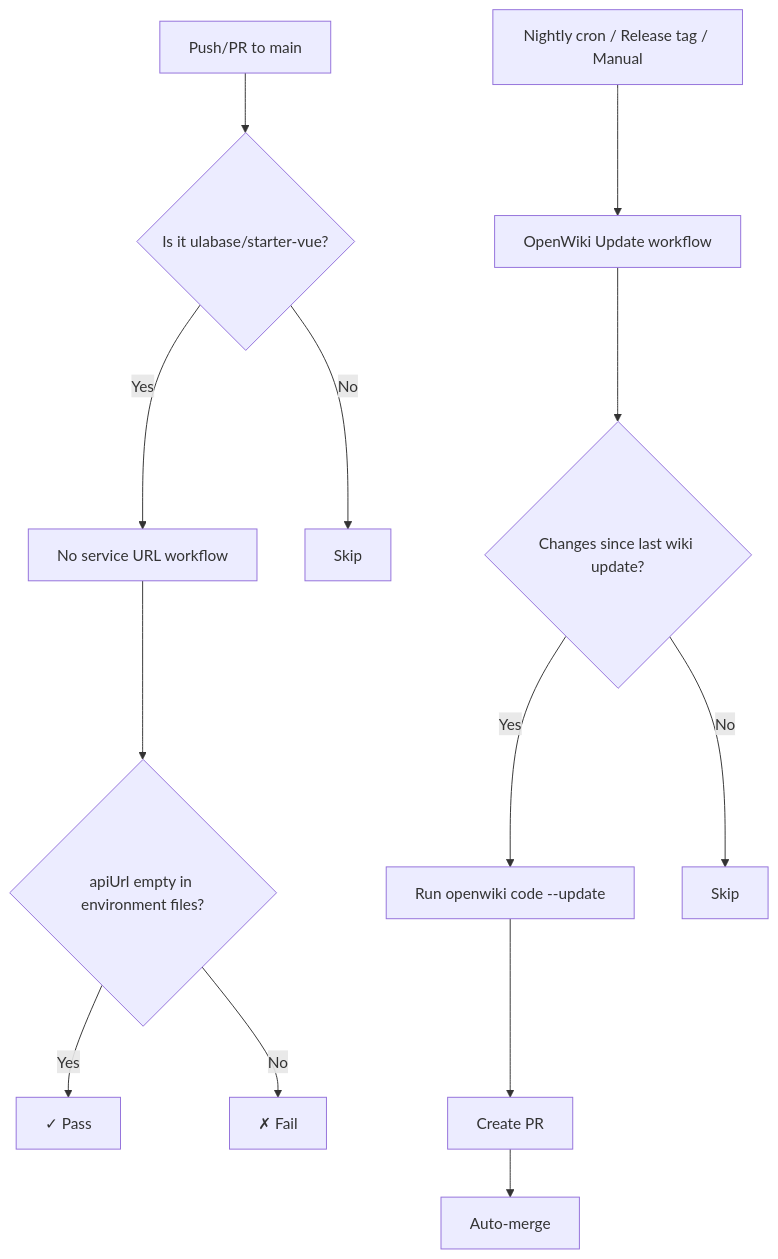
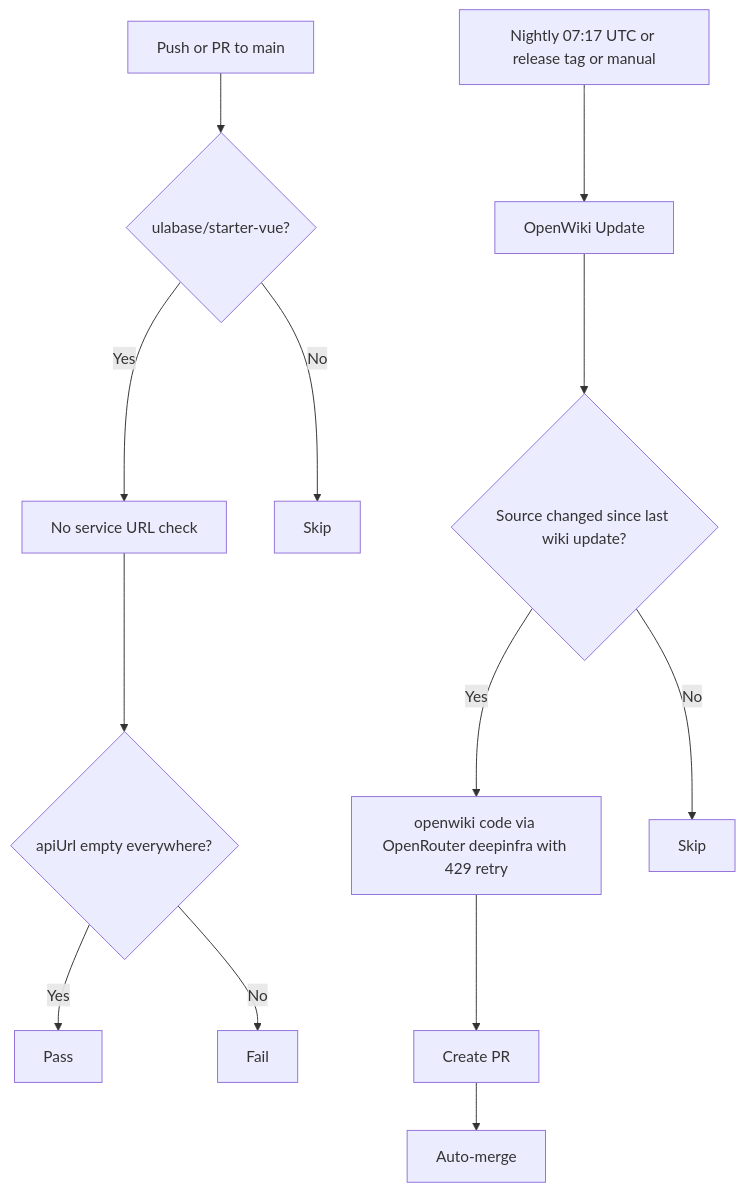
The diagram in openwiki/operations/ci-and-workflows.md (ulabase/starter-vue), drawn with Mermaid before and after one commit. The commit also changed other lines of this file and 25 other files, not shown here.

Commit message:
docs: update OpenWiki (#8)

````diff
--- a/openwiki/operations/ci-and-workflows.md
+++ b/openwiki/operations/ci-and-workflows.md
@@ -24,16 +29,16 @@
 ```mermaid
-graph TD
-    A[Push/PR to main] --> B{Is it ulabase/starter-vue?}
-    B -->|Yes| C[No service URL workflow]
-    B -->|No| D[Skip]
-    C --> E{apiUrl empty in environment files?}
-    E -->|Yes| F[✓ Pass]
-    E -->|No| G[✗ Fail]
-    
-    H[Nightly cron / Release tag / Manual] --> I[OpenWiki Update workflow]
-    I --> J{Changes since last wiki update?}
-    J -->|Yes| K[Run openwiki code --update]
-    J -->|No| L[Skip]
-    K --> M[Create PR]
-    M --> N[Auto-merge]
+flowchart TD
+    A["Push or PR to main"] --> B{"ulabase/starter-vue?"}
+    B -->|Yes| C["No service URL check"]
+    B -->|No| D["Skip"]
+    C --> E{"apiUrl empty everywhere?"}
+    E -->|Yes| F["Pass"]
+    E -->|No| G["Fail"]
+
+    H["Nightly 07:17 UTC or release tag or manual"] --> I["OpenWiki Update"]
+    I --> J{"Source changed since last wiki update?"}
+    J -->|Yes| K["openwiki code via OpenRouter deepinfra with 429 retry"]
+    J -->|No| L["Skip"]
+    K --> M["Create PR"]
+    M --> N["Auto-merge"]
 ```
````
